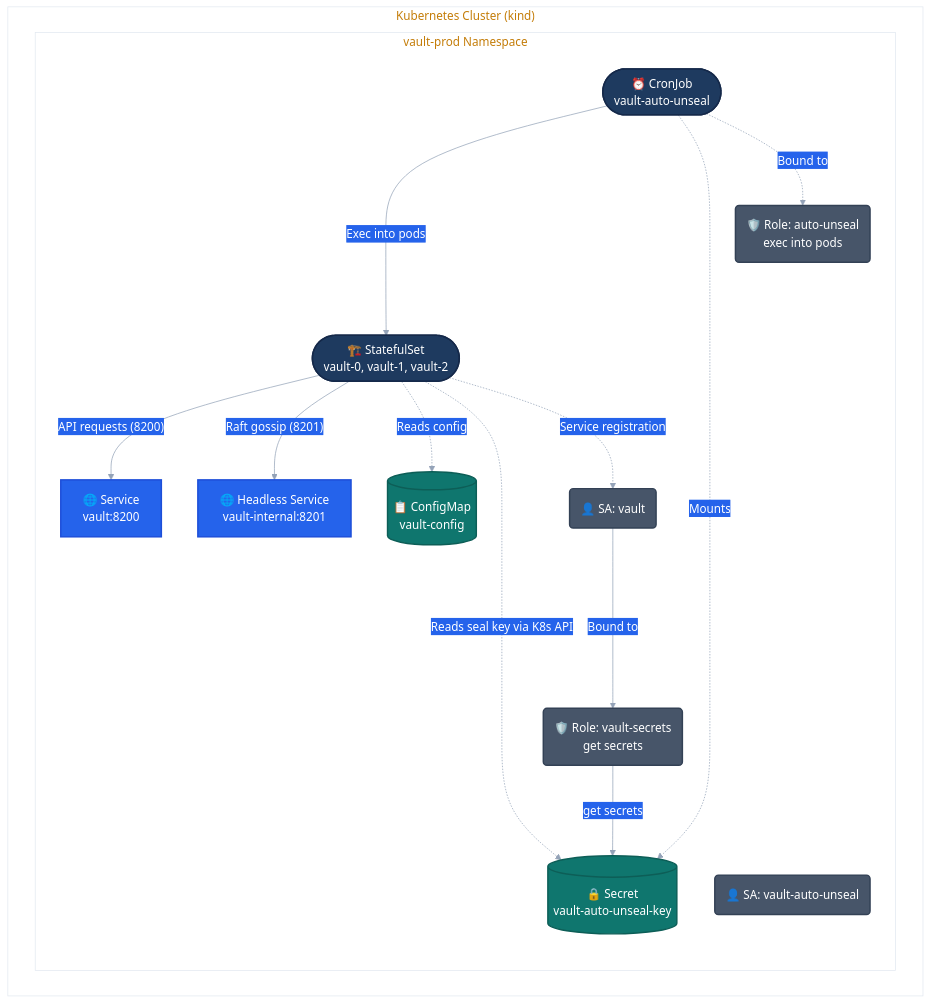
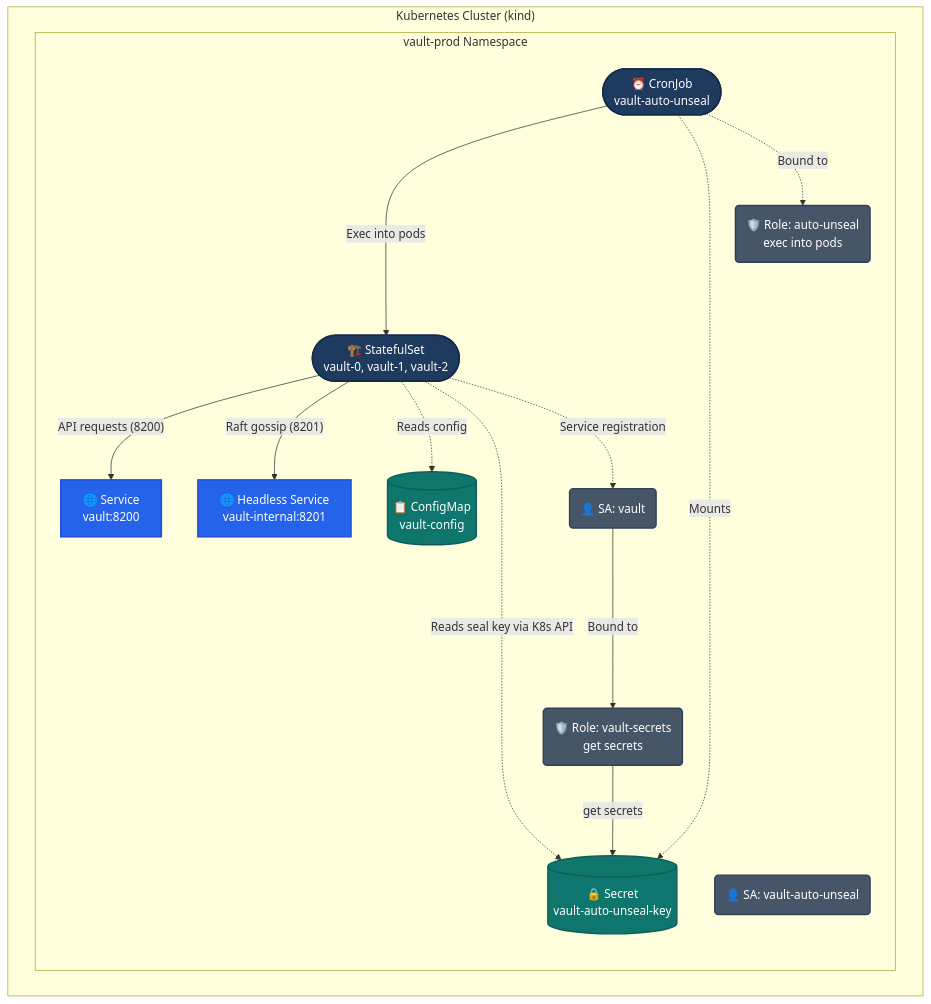
The second of 6 diagrams in secrets-management/vault/README.md (Orpere/kind), drawn with Mermaid before and after one commit. The commit also changed other lines of this file and 7 other files, not shown here.

````diff
--- a/secrets-management/vault/README.md
+++ b/secrets-management/vault/README.md
@@ -9,42 +81,41 @@
 ```mermaid
-%%{init: {"theme": "base", "themeVariables": {"primaryColor": "#1E3A5F", "primaryTextColor": "#FFFFFF", "primaryBorderColor": "#15294A", "lineColor": "#94A3B8", "secondaryColor": "#2563EB", "tertiaryColor": "#3B82F6", "clusterBkg": "#FFFFFF", "clusterBorder": "#E2E8F0", "nodeBorder": "#475569", "fontFamily": "system-ui, -apple-system, sans-serif"}}}%%
 graph TB
     subgraph "Kubernetes Cluster (kind)"
         subgraph "vault-prod Namespace"
             ST([🏗️ StatefulSet<br/>vault-0, vault-1, vault-2])
             SVC[🌐 Service<br/>vault:8200]
             SVC_INT[🌐 Headless Service<br/>vault-internal:8201]
             CM[(📋 ConfigMap<br/>vault-config)]
             SEC[(🔒 Secret<br/>vault-auto-unseal-key)]
             CJ([⏰ CronJob<br/>vault-auto-unseal])
             SA_V(👤 SA: vault)
             SA_CJ(👤 SA: vault-auto-unseal)
             R_V(🛡️ Role: vault-secrets<br/>get secrets)
             R_CJ(🛡️ Role: auto-unseal<br/>exec into pods)
         end
     end
 
     ST -->|"API requests (8200)"| SVC
     ST -->|"Raft gossip (8201)"| SVC_INT
     ST -.->|"Reads config"| CM
     ST -.->|"Reads seal key via K8s API"| SEC
     ST -.->|"Service registration"| SA_V
     SA_V --->|"Bound to"| R_V
     CJ --->|"Exec into pods"| ST
     CJ -.->|"Mounts"| SEC
     CJ -.->|"Bound to"| R_CJ
     R_V -->|"get secrets"| SEC
 
     classDef primary fill:#1E3A5F,color:#FFFFFF,stroke:#15294A,stroke-width:2px
     classDef secondary fill:#2563EB,color:#FFFFFF,stroke:#1D4ED8,stroke-width:2px
     classDef tertiary fill:#3B82F6,color:#FFFFFF,stroke:#2563EB,stroke-width:2px
     classDef accent fill:#F59E0B,color:#FFFFFF,stroke:#D97706,stroke-width:2px
     classDef data fill:#0F766E,color:#FFFFFF,stroke:#0D5E57,stroke-width:2px
     classDef rbac fill:#475569,color:#FFFFFF,stroke:#334155,stroke-width:2px
 
     class ST primary
     class CJ primary
     class SVC,SVC_INT secondary
     class CM,SEC data
     class SA_V,SA_CJ,R_V,R_CJ rbac
 ```
````
